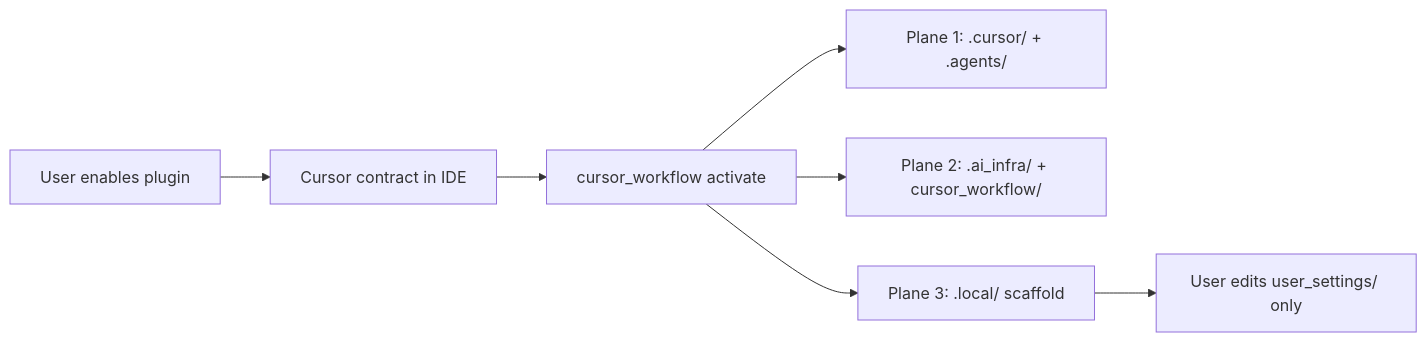
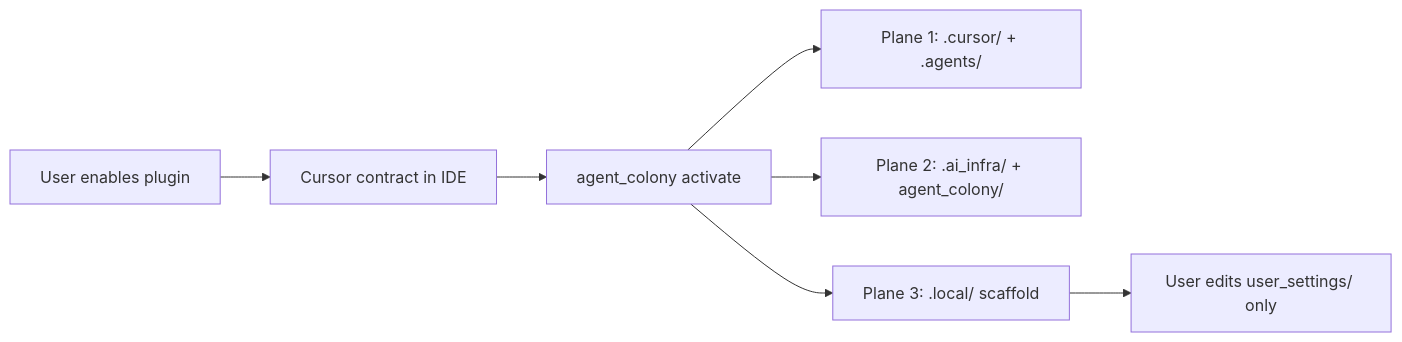
One commit to SavinRazvan/agent-colony changed the diagram in .ai_infra/docs/handoff/PLUGIN-ARCHITECTURE.md. Above: the diagram before and after it, drawn with Mermaid. The commit also changed other lines of this file and 406 other files, not shown here.

First line of the commit message:
chore: rename CLI cursor_workflow → agent_colony (0.6.0)

````diff
--- a/.ai_infra/docs/handoff/PLUGIN-ARCHITECTURE.md
+++ b/.ai_infra/docs/handoff/PLUGIN-ARCHITECTURE.md
@@ -41,9 +41,9 @@
 ```mermaid
 flowchart LR
   User[User enables plugin] --> Cursor[Cursor contract in IDE]
-  Cursor --> Activate["cursor_workflow activate"]
+  Cursor --> Activate["agent_colony activate"]
   Activate --> P1["Plane 1: .cursor/ + .agents/"]
-  Activate --> P2["Plane 2: .ai_infra/ + cursor_workflow/"]
+  Activate --> P2["Plane 2: .ai_infra/ + agent_colony/"]
   Activate --> P3["Plane 3: .local/ scaffold"]
   P3 --> Settings["User edits user_settings/ only"]
 ```
````
